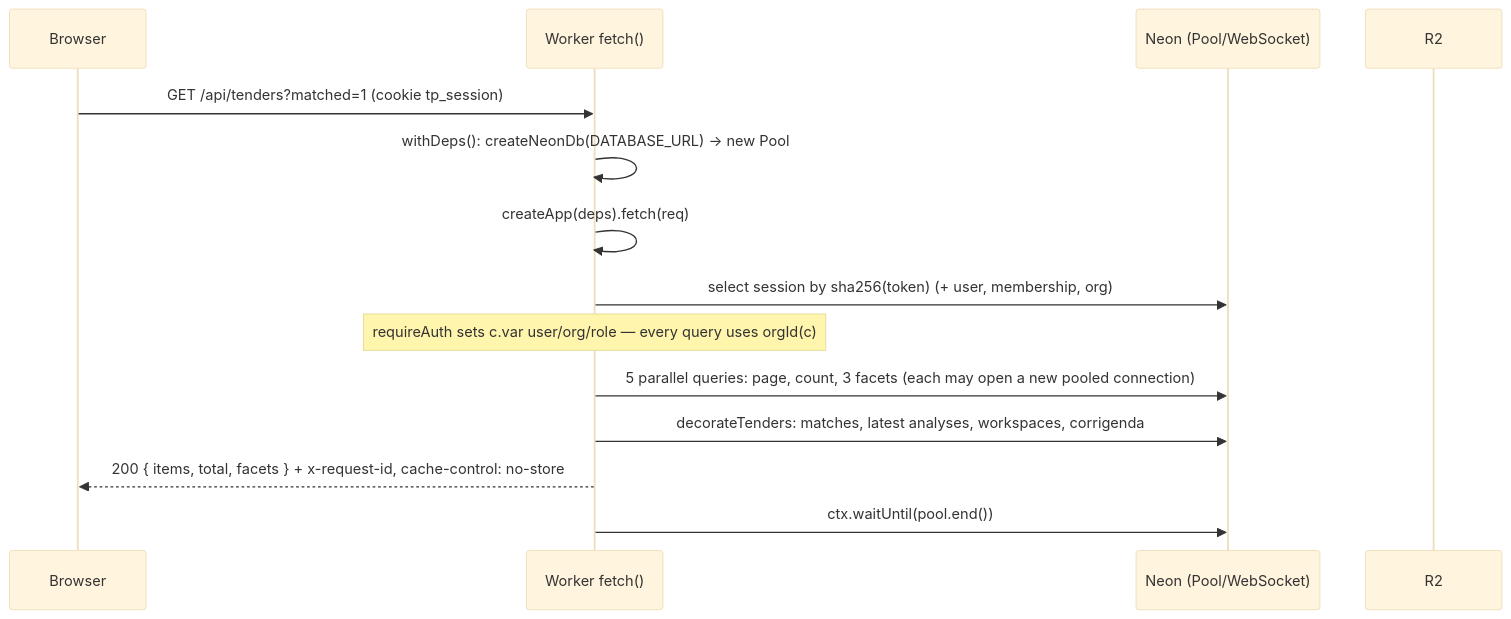
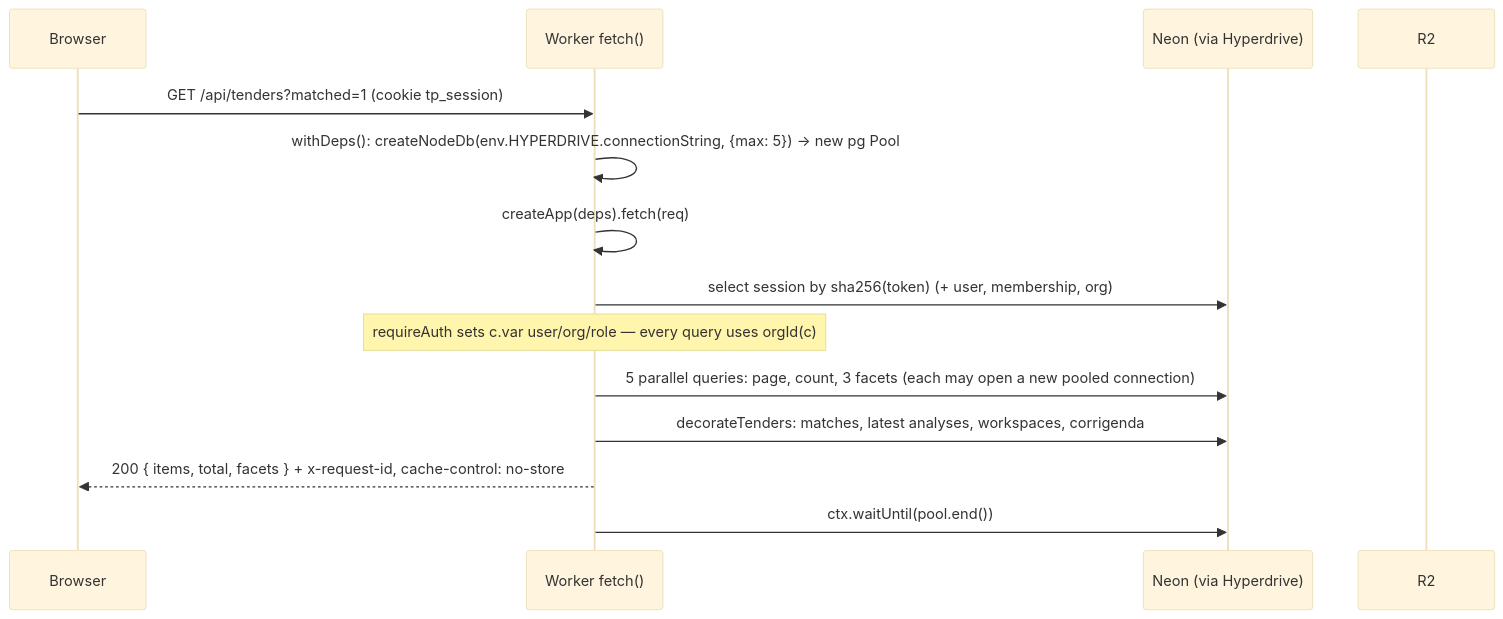
Before and after one commit to Shashank2577/GEMs: the second of 5 diagrams in docs/architecture.md, drawn with Mermaid (base theme). The commit also changed other lines of this file and 7 other files, not shown here.

````diff
--- a/docs/architecture.md
+++ b/docs/architecture.md
@@ -82,17 +82,17 @@
 ```mermaid
 sequenceDiagram
   participant Br as Browser
   participant W as Worker fetch()
-  participant DB as Neon (Pool/WebSocket)
+  participant DB as Neon (via Hyperdrive)
   participant R2 as R2
 
   Br->>W: GET /api/tenders?matched=1 (cookie tp_session)
-  W->>W: withDeps(): createNeonDb(DATABASE_URL) → new Pool
+  W->>W: withDeps(): createNodeDb(env.HYPERDRIVE.connectionString, {max: 5}) → new pg Pool
   W->>W: createApp(deps).fetch(req)
   W->>DB: select session by sha256(token) (+ user, membership, org)
   Note over W: requireAuth sets c.var user/org/role — every query uses orgId(c)
   W->>DB: 5 parallel queries: page, count, 3 facets (each may open a new pooled connection)
   W->>DB: decorateTenders: matches, latest analyses, workspaces, corrigenda
   W-->>Br: 200 { items, total, facets } + x-request-id, cache-control: no-store
   W->>DB: ctx.waitUntil(pool.end())
 ```
````
